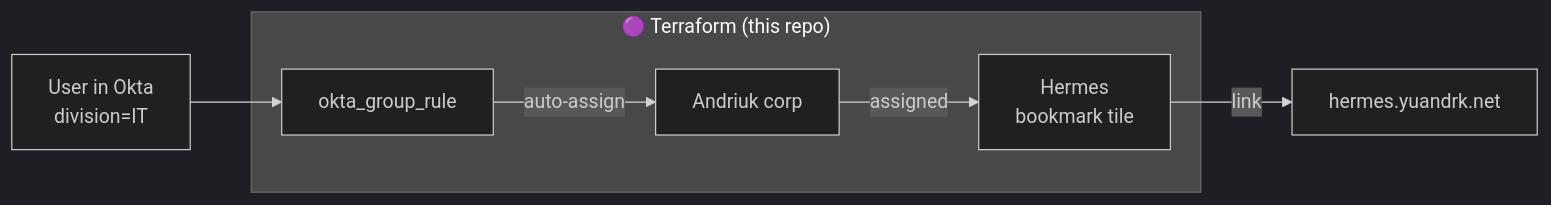
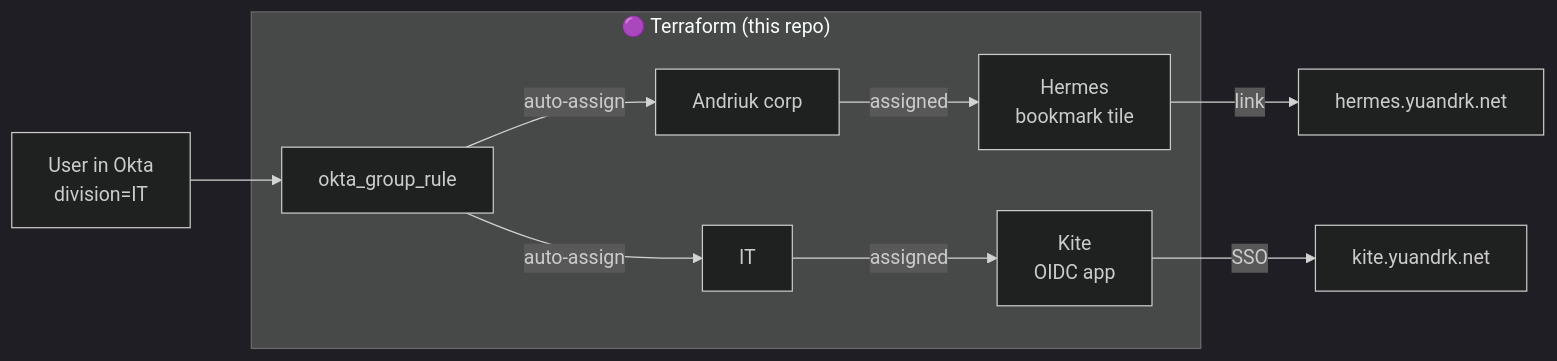
The diagram in README.md (yuandrk/okta-gitops), drawn with Mermaid (dark theme) before and after one commit. The commit also changed other lines of this file and 8 other files, not shown here.

First line of the commit message:
feat(apps): add Kite OIDC app and IT group (#18)

````diff
--- a/README.md
+++ b/README.md
@@ -33,13 +35,18 @@
 ```mermaid
 flowchart LR
     U[User in Okta<br/>division=IT] --> R[okta_group_rule]
     R -->|auto-assign| G2[Andriuk corp]
     G2 -->|assigned| B[Hermes<br/>bookmark tile]
     B -->|link| HD[hermes.yuandrk.net]
+    R -->|auto-assign| G3[IT]
+    G3 -->|assigned| K[Kite<br/>OIDC app]
+    K -->|SSO| KD[kite.yuandrk.net]
 
     subgraph TF["🟣 Terraform (this repo)"]
         R
         G2
         B
+        G3
+        K
     end
 ```
````
